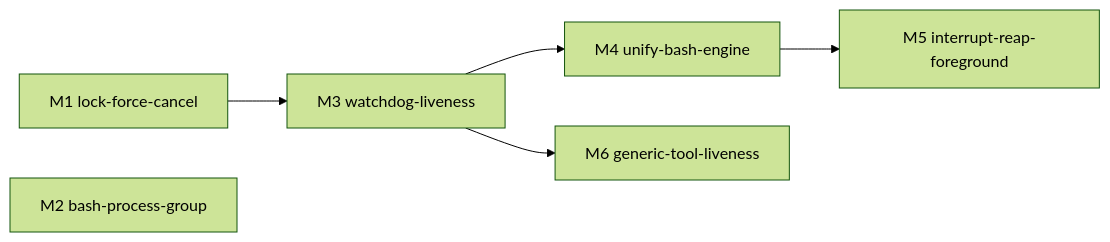
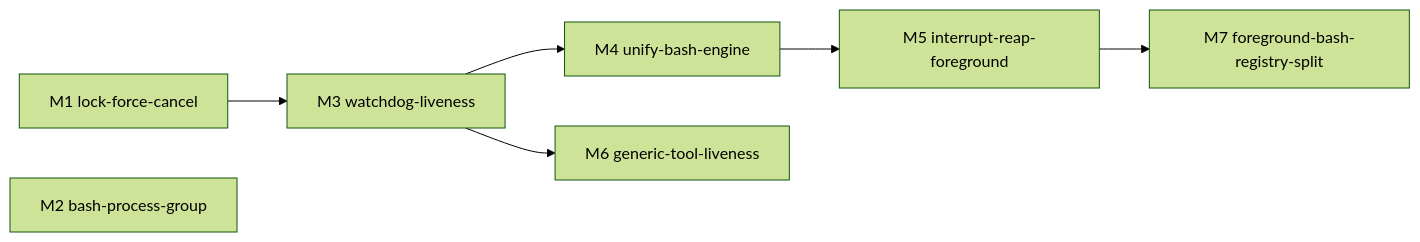
Before and after one commit to Mrchen116/nano-multiagent: the fourth of 4 diagrams in docs/changes/bugfix-417-timeout-tool-wedges-session/design.md, drawn with Mermaid (forest theme). The commit also changed other lines of this file and 1 other file, not shown here.

First line of the commit message:
docs(bugfix-417): C 升级 — 决策12+M7 前台 bash 退出 BackgroundTaskRegistry 根治双通道

````diff
--- a/docs/changes/bugfix-417-timeout-tool-wedges-session/design.md
+++ b/docs/changes/bugfix-417-timeout-tool-wedges-session/design.md
@@ -367,8 +462,9 @@
 ```mermaid
 graph LR
   M1[M1 lock-force-cancel] --> M3[M3 watchdog-liveness]
   M2[M2 bash-process-group]
   M3 --> M4[M4 unify-bash-engine]
   M4 --> M5[M5 interrupt-reap-foreground]
+  M5 --> M7[M7 foreground-bash-registry-split]
   M3 --> M6[M6 generic-tool-liveness]
 ```
````
